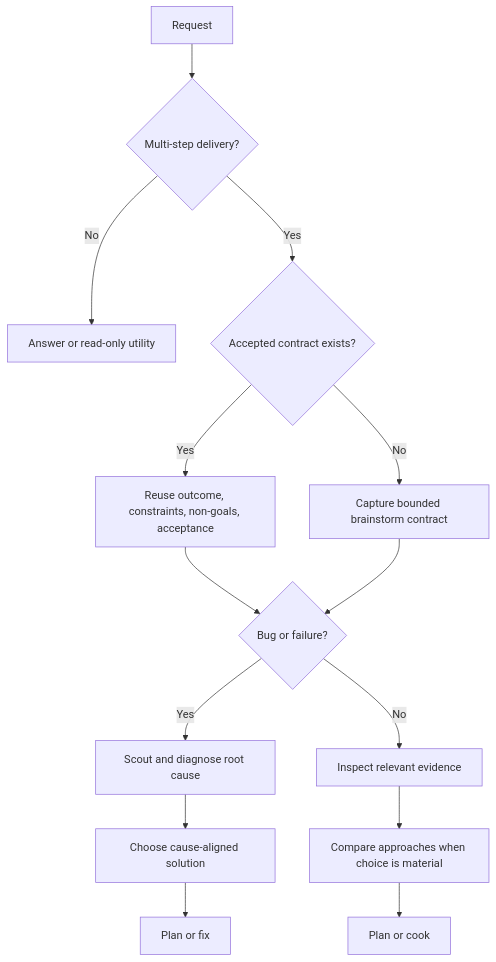
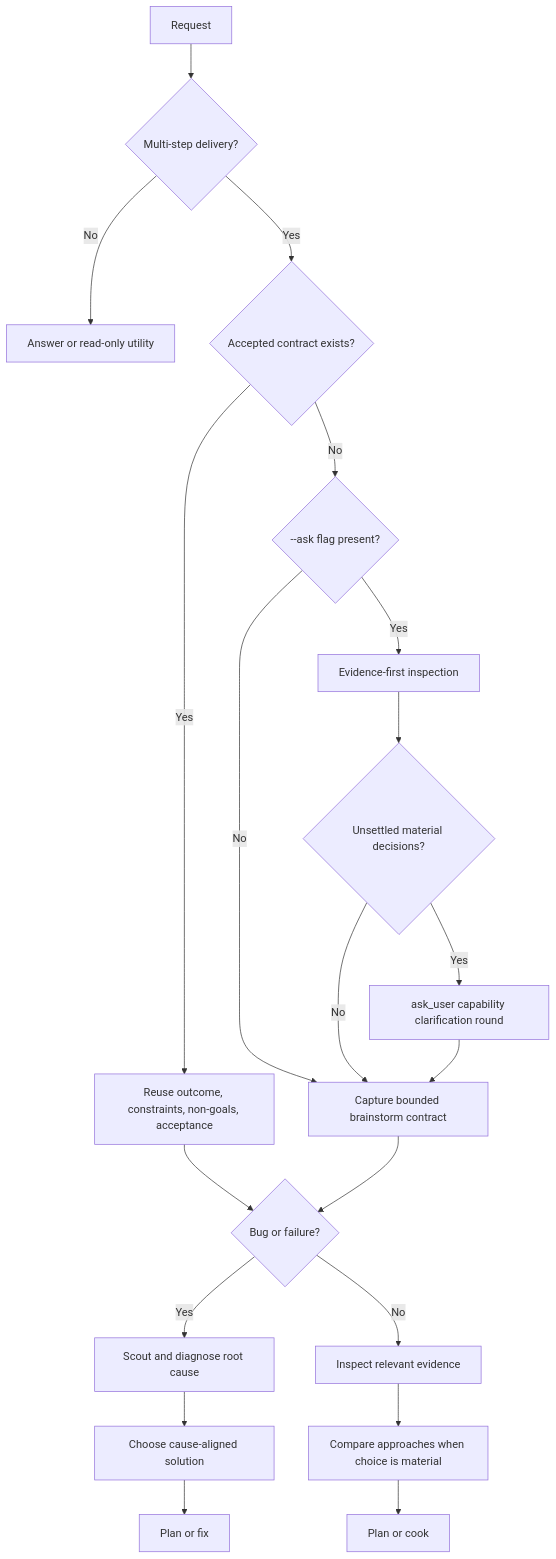
One commit to quanganh208/chatofy changed the diagram in kits/engineer/skills/ak-brainstorm/SKILL.md. Above: the diagram before and after it, drawn with Mermaid. The commit also changed other lines of this file and 524 other files, not shown here.

````diff
--- a/kits/engineer/skills/ak-brainstorm/SKILL.md
+++ b/kits/engineer/skills/ak-brainstorm/SKILL.md
@@ -92,16 +118,22 @@
 ```mermaid
 flowchart TD
     A[Request] --> B{Multi-step delivery?}
     B -->|No| C[Answer or read-only utility]
     B -->|Yes| D{Accepted contract exists?}
     D -->|Yes| E[Reuse outcome, constraints, non-goals, acceptance]
-    D -->|No| F[Capture bounded brainstorm contract]
+    D -->|No| D1{--ask flag present?}
+    D1 -->|No| F[Capture bounded brainstorm contract]
+    D1 -->|Yes| E1[Evidence-first inspection]
+    E1 --> E2{Unsettled material decisions?}
+    E2 -->|No| F
+    E2 -->|Yes| E3[ask_user capability clarification round]
+    E3 --> F
     E --> G{Bug or failure?}
     F --> G
     G -->|Yes| H[Scout and diagnose root cause]
     H --> I[Choose cause-aligned solution]
     G -->|No| J[Inspect relevant evidence]
     J --> K[Compare approaches when choice is material]
     I --> L[Plan or fix]
     K --> L2[Plan or cook]
 ```
````
